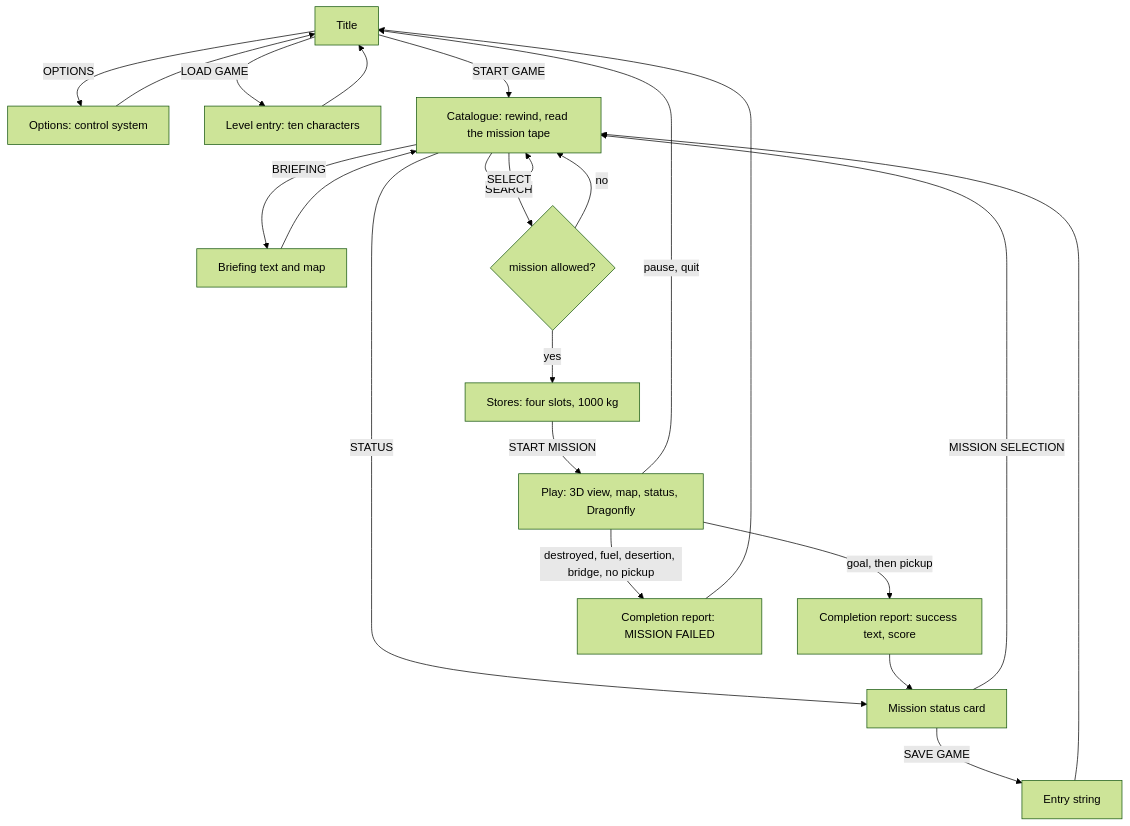
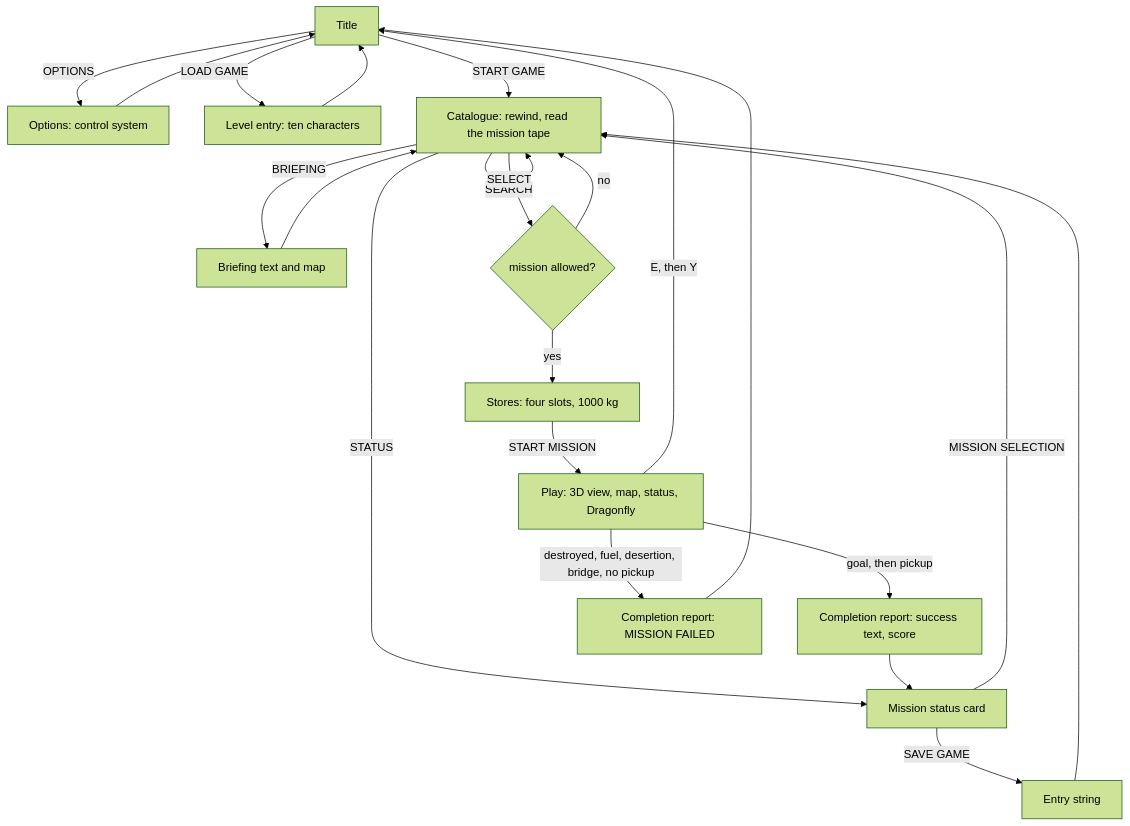
The first of 5 diagrams in games/battle-command/docs/01-game-design.md (alfishe/unrealng-reverse-cases), drawn with Mermaid (forest theme) before and after one commit. The commit also changed other lines of this file and 75 other files, not shown here.

````diff
--- a/games/battle-command/docs/01-game-design.md
+++ b/games/battle-command/docs/01-game-design.md
@@ -74,24 +80,24 @@
 ```mermaid
 flowchart TD
     T[Title] -- OPTIONS --> O[Options: control system]
     O --> T
     T -- LOAD GAME --> L[Level entry: ten characters]
     L --> T
     T -- START GAME --> C[Catalogue: rewind, read the mission tape]
     C -- SEARCH --> C
     C -- BRIEFING --> B[Briefing text and map]
     B --> C
     C -- STATUS --> S[Mission status card]
     S -- SAVE GAME --> E[Entry string]
     E --> C
     S -- MISSION SELECTION --> C
     C -- SELECT --> LD{mission allowed?}
     LD -- no --> C
     LD -- yes --> ST[Stores: four slots, 1000 kg]
     ST -- START MISSION --> P[Play: 3D view, map, status, Dragonfly]
     P -- goal, then pickup --> W[Completion report: success text, score]
     P -- destroyed, fuel, desertion, bridge, no pickup --> F[Completion report: MISSION FAILED]
-    P -- pause, quit --> T
+    P -- E, then Y --> T
     W --> S
     F --> T
 ```
````
